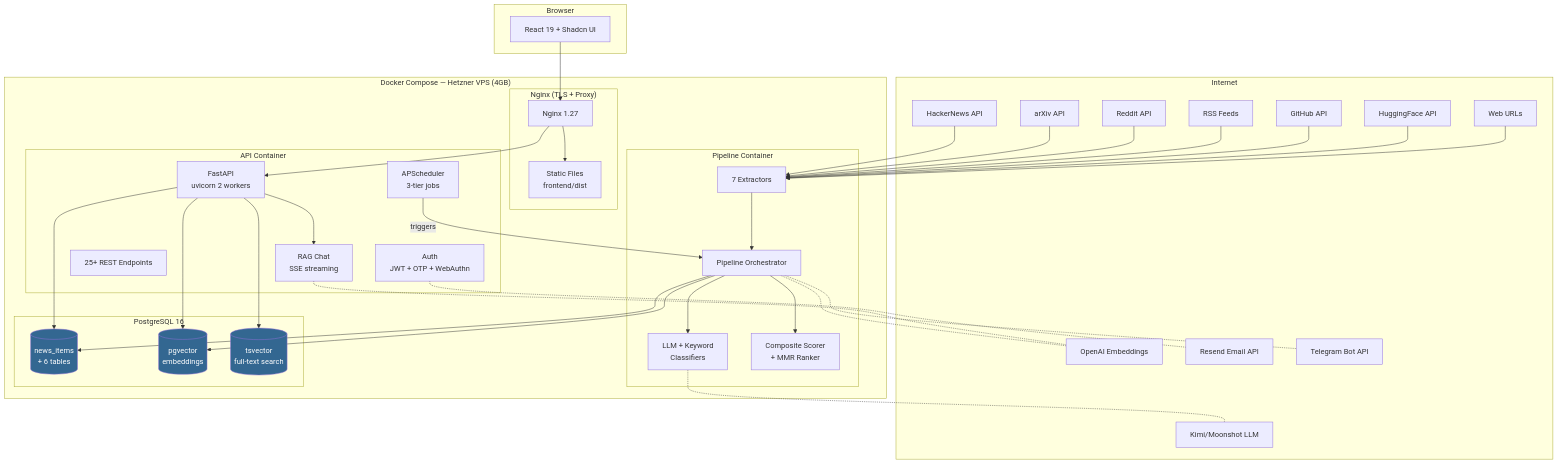
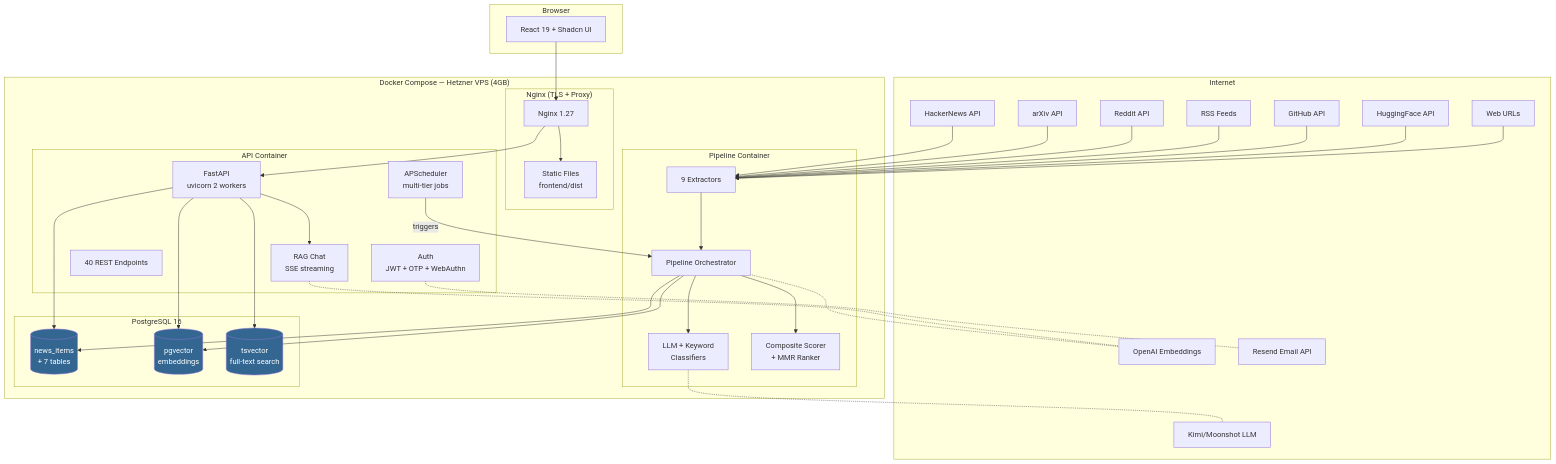
Before and after one commit to pguerrerolinares/ai-news-platform: the first of 8 diagrams in docs/architecture/overview.md, drawn with Mermaid. The commit also changed other lines of this file and 6 other files, not shown here.

````diff
--- a/docs/architecture/overview.md
+++ b/docs/architecture/overview.md
@@ -9,72 +9,70 @@
 ```mermaid
 graph TB
     subgraph Internet
         HN[HackerNews API]
         AX[arXiv API]
         RD[Reddit API]
         RS[RSS Feeds]
         GH[GitHub API]
         HF[HuggingFace API]
         WS[Web URLs]
         LLM[Kimi/Moonshot LLM]
         EMB[OpenAI Embeddings]
         RE[Resend Email API]
-        TG[Telegram Bot API]
     end
 
     subgraph "Docker Compose — Hetzner VPS (4GB)"
         subgraph "Nginx (TLS + Proxy)"
             NG[Nginx 1.27]
             STATIC[Static Files<br/>frontend/dist]
         end
 
         subgraph "API Container"
             FA[FastAPI<br/>uvicorn 2 workers]
             AUTH[Auth<br/>JWT + OTP + WebAuthn]
-            ROUTES[25+ REST Endpoints]
-            SCHED[APScheduler<br/>3-tier jobs]
+            ROUTES[40 REST Endpoints]
+            SCHED[APScheduler<br/>multi-tier jobs]
             RAG[RAG Chat<br/>SSE streaming]
         end
 
         subgraph "Pipeline Container"
             PIPE[Pipeline Orchestrator]
-            EXT[7 Extractors]
+            EXT[9 Extractors]
             CLASS[LLM + Keyword<br/>Classifiers]
             SCORE[Composite Scorer<br/>+ MMR Ranker]
         end
 
         subgraph "PostgreSQL 16"
-            DB[(news_items<br/>+ 6 tables)]
+            DB[(news_items<br/>+ 7 tables)]
             VEC[(pgvector<br/>embeddings)]
             FTS[(tsvector<br/>full-text search)]
         end
     end
 
     subgraph "Browser"
         REACT[React 19 + Shadcn UI]
     end
 
     HN & AX & RD & RS & GH & HF & WS --> EXT
     EXT --> PIPE
     PIPE --> CLASS
     CLASS -.- LLM
     PIPE --> SCORE
     PIPE --> DB
     PIPE --> VEC
     PIPE -.- EMB
-    PIPE -.- TG
 
     REACT --> NG
     NG --> STATIC
     NG --> FA
     FA --> DB & VEC & FTS
     FA --> RAG
     RAG -.- EMB
     AUTH -.- RE
 
     SCHED -->|triggers| PIPE
 
     style DB fill:#336791,color:#fff
     style VEC fill:#336791,color:#fff
     style FTS fill:#336791,color:#fff
 ```
````
